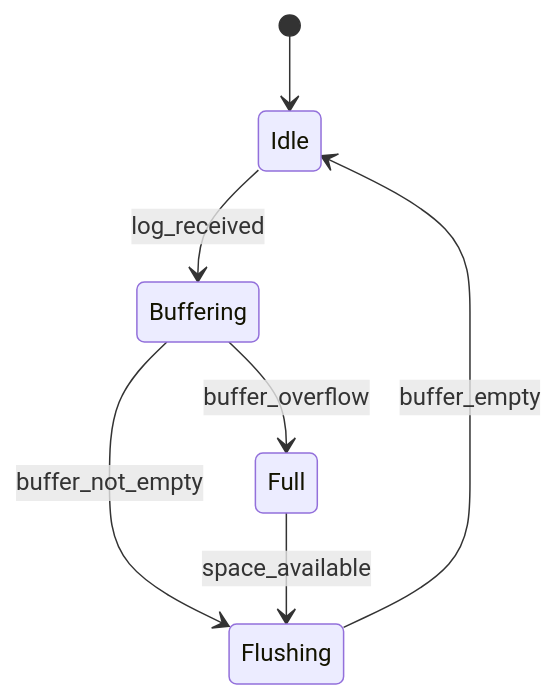
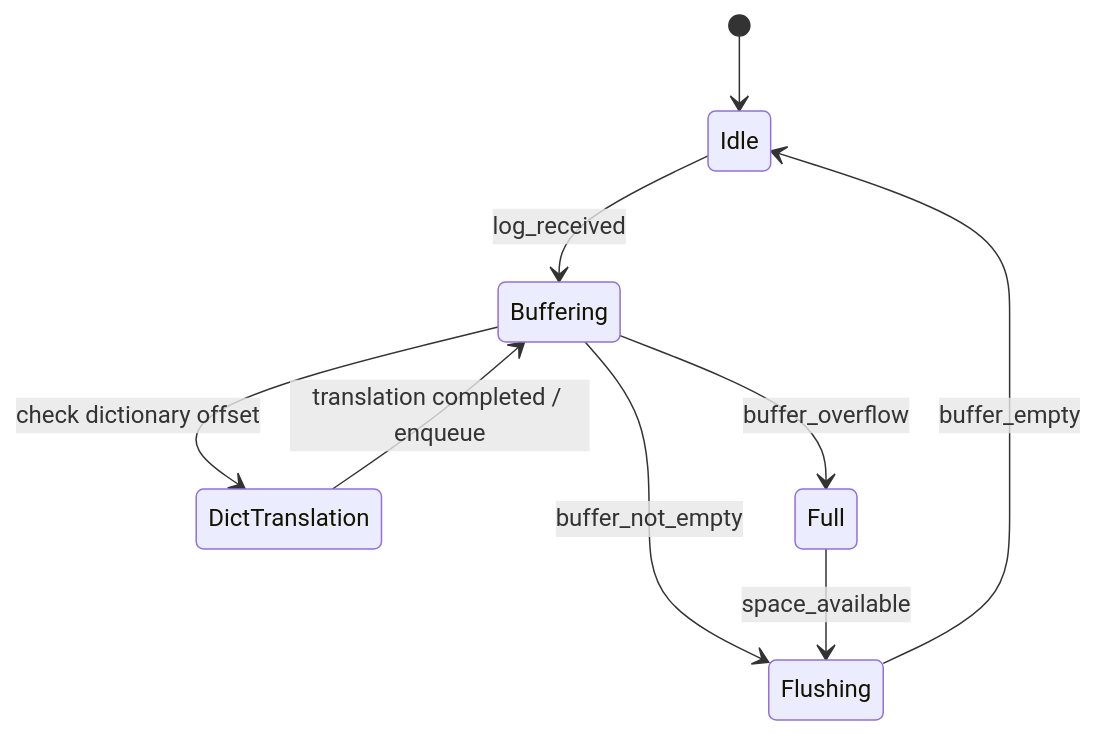
One commit to kmt-t/fireball changed the second of 3 diagrams in docs/components/core/system_logging.md. Above: the diagram before and after it, drawn with Mermaid. The commit also changed other lines of this file and 44 other files, not shown here.

````diff
--- a/docs/components/core/system_logging.md
+++ b/docs/components/core/system_logging.md
@@ -88,9 +88,11 @@
 ```mermaid
 stateDiagram-v2
     [*] --> Idle
     Idle --> Buffering: log_received
+    Buffering --> DictTranslation: check dictionary offset
+    DictTranslation --> Buffering: translation completed / enqueue
     Buffering --> Flushing: buffer_not_empty
     Flushing --> Idle: buffer_empty
     Buffering --> Full: buffer_overflow
     Full --> Flushing: space_available
 ```
````
